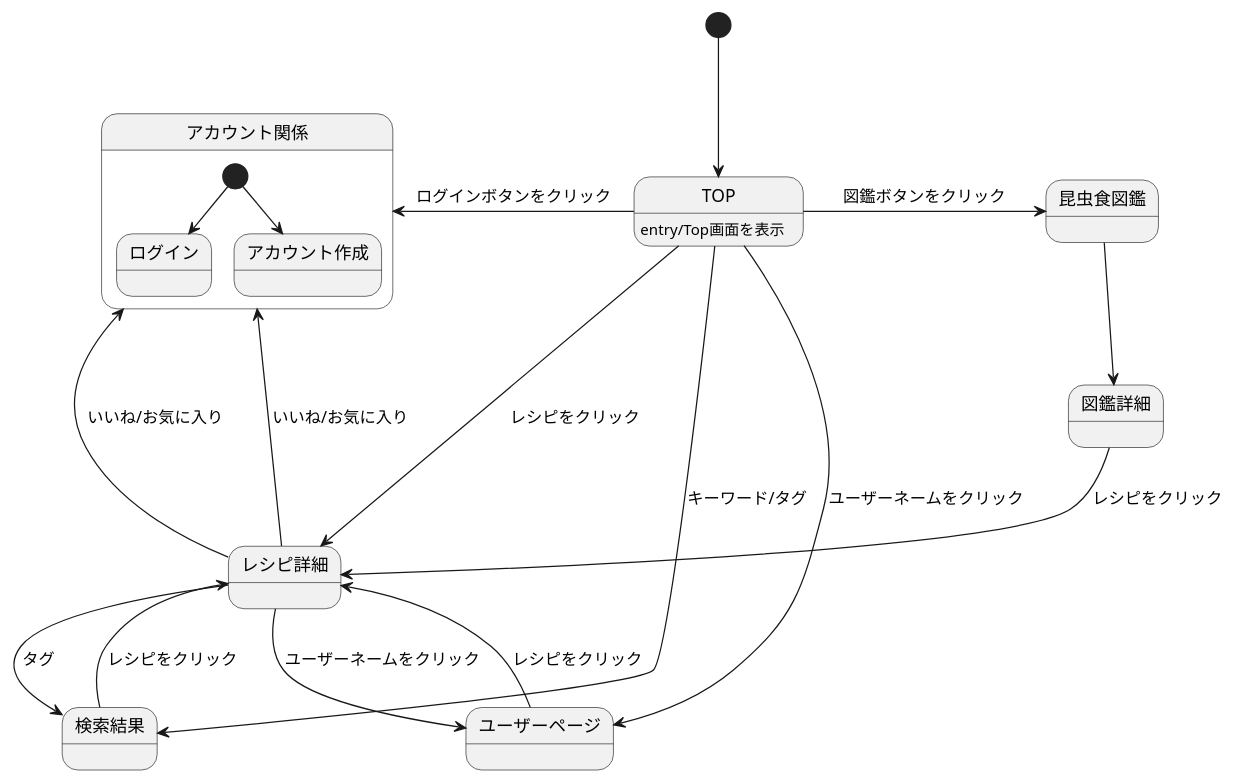
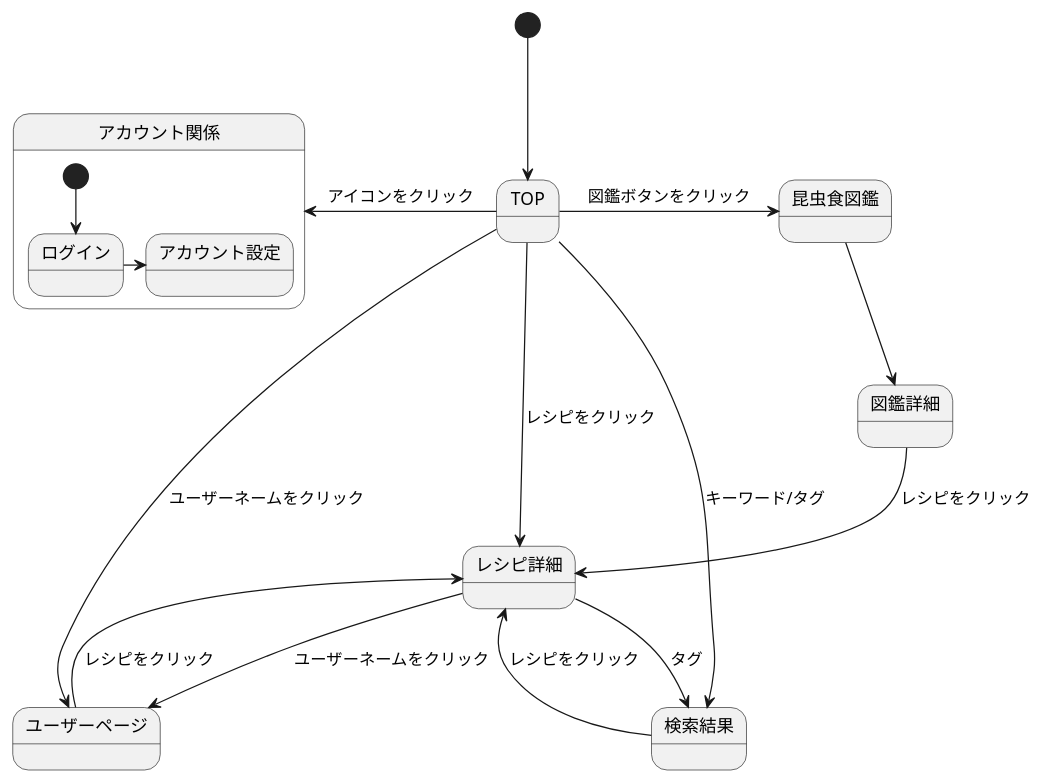
The diagram in ScreenTransitionDiagramlogin.md (ASO2001040/bugbug-design), drawn with PlantUML before and after one commit.

````diff
--- a/ScreenTransitionDiagramlogin.md
+++ b/ScreenTransitionDiagramlogin.md
@@ -1,25 +1,22 @@
 ```uml
 @startuml
 [*]-->TOP
 
-TOP : entry/Top画面を表示
-TOP-left->アカウント関係: ログインボタンをクリック
+TOP-left->アカウント関係: アイコンをクリック
 TOP->昆虫食図鑑: 図鑑ボタンをクリック
 TOP->ユーザーページ: ユーザーネームをクリック
 TOP->レシピ詳細: レシピをクリック
 TOP->検索結果: キーワード/タグ
 ユーザーページ-->レシピ詳細: レシピをクリック
 レシピ詳細-->ユーザーページ: ユーザーネームをクリック
 レシピ詳細-->検索結果: タグ
-レシピ詳細-->アカウント関係: いいね/お気に入り
-レシピ詳細->アカウント関係: いいね/お気に入り
 検索結果-->レシピ詳細: レシピをクリック
 昆虫食図鑑-->図鑑詳細
 図鑑詳細-->レシピ詳細: レシピをクリック
 
 state アカウント関係 {
  [*] --> ログイン
- [*] --> アカウント作成
+ ログイン-> アカウント設定
  }
 @enduml
 ```
````
